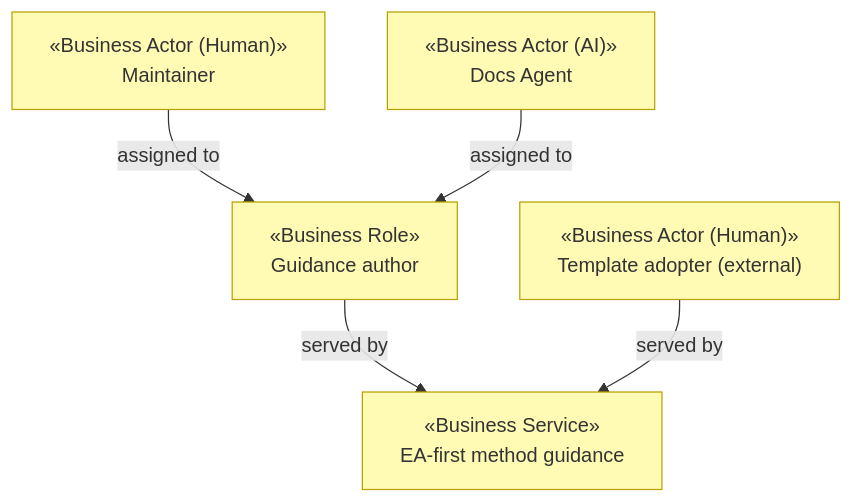
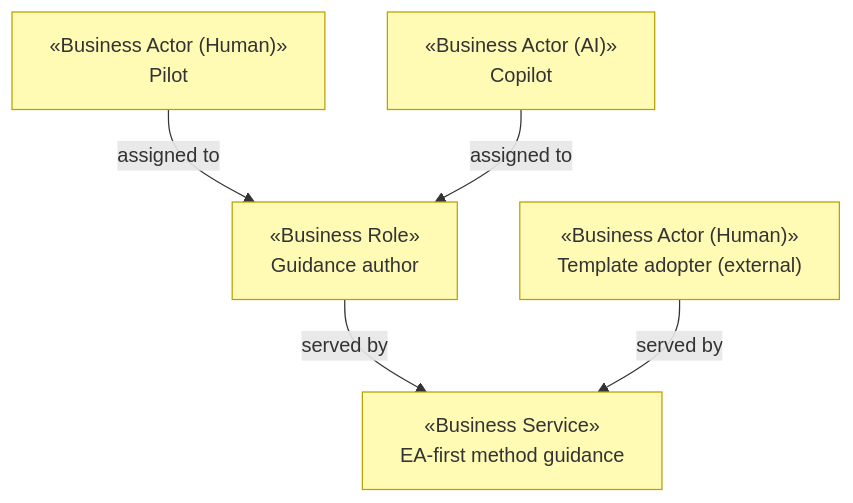
The diagram in example/docs/ea/2_business/README.md (roanboc/architecture-archreator), drawn with Mermaid before and after one commit. The commit also changed 18 other files, not shown here.

First line of the commit message:
refactor: rename example actors to Pilot (human) and Copilot (AI)

````diff
--- a/example/docs/ea/2_business/README.md
+++ b/example/docs/ea/2_business/README.md
@@ -26,15 +26,15 @@
 ```mermaid
 flowchart TB
-  maint["«Business Actor (Human)»<br>Maintainer"]:::business
-  agentAI["«Business Actor (AI)»<br>Docs Agent"]:::business
+  maint["«Business Actor (Human)»<br>Pilot"]:::business
+  agentAI["«Business Actor (AI)»<br>Copilot"]:::business
   adopter["«Business Actor (Human)»<br>Template adopter (external)"]:::business
   role["«Business Role»<br>Guidance author"]:::business
   svc["«Business Service»<br>EA-first method guidance"]:::business
 
   maint -->|assigned to| role
   agentAI -->|assigned to| role
   role -->|served by| svc
   adopter -->|served by| svc
 
   classDef business fill:#fffbb5,stroke:#b8a200,color:#333
 ```
````
